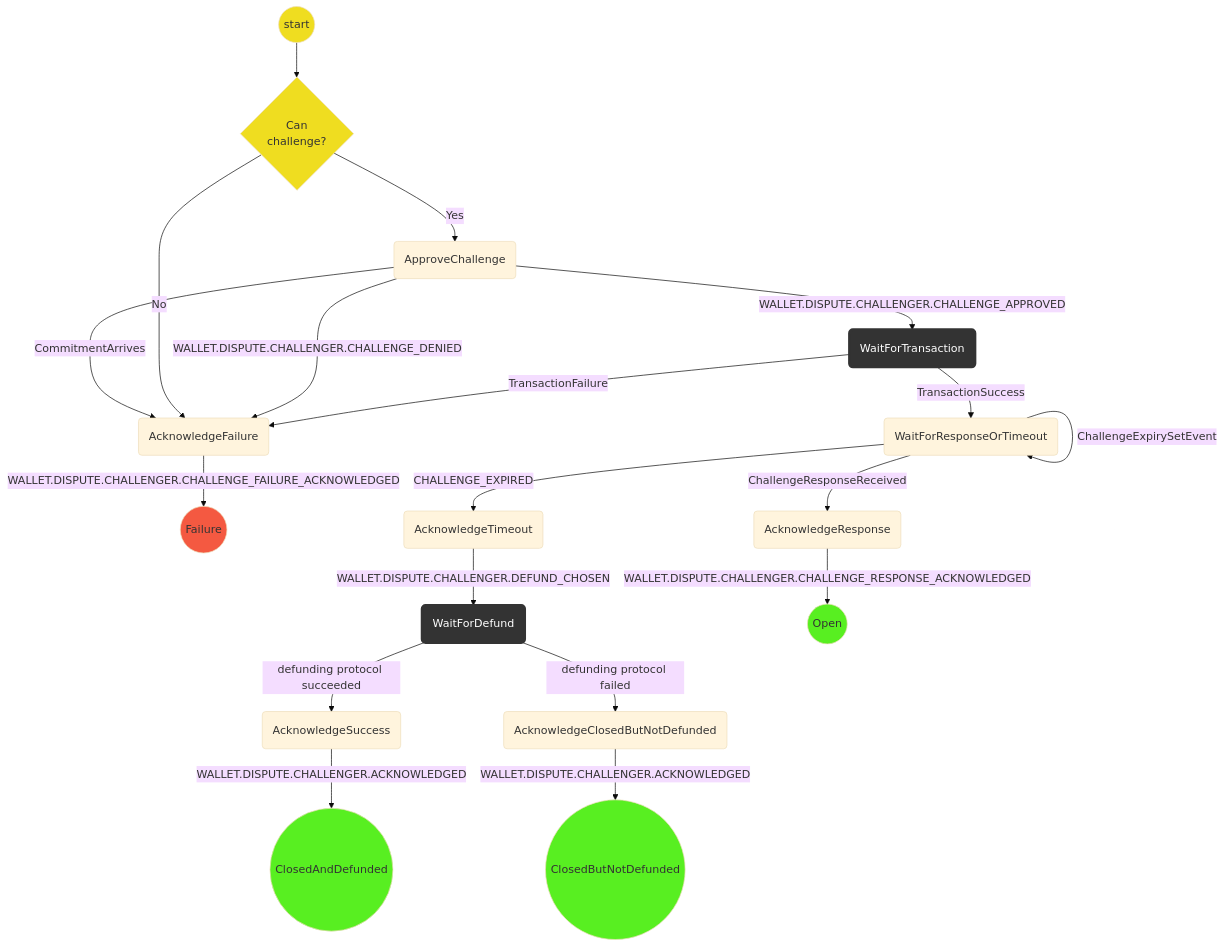
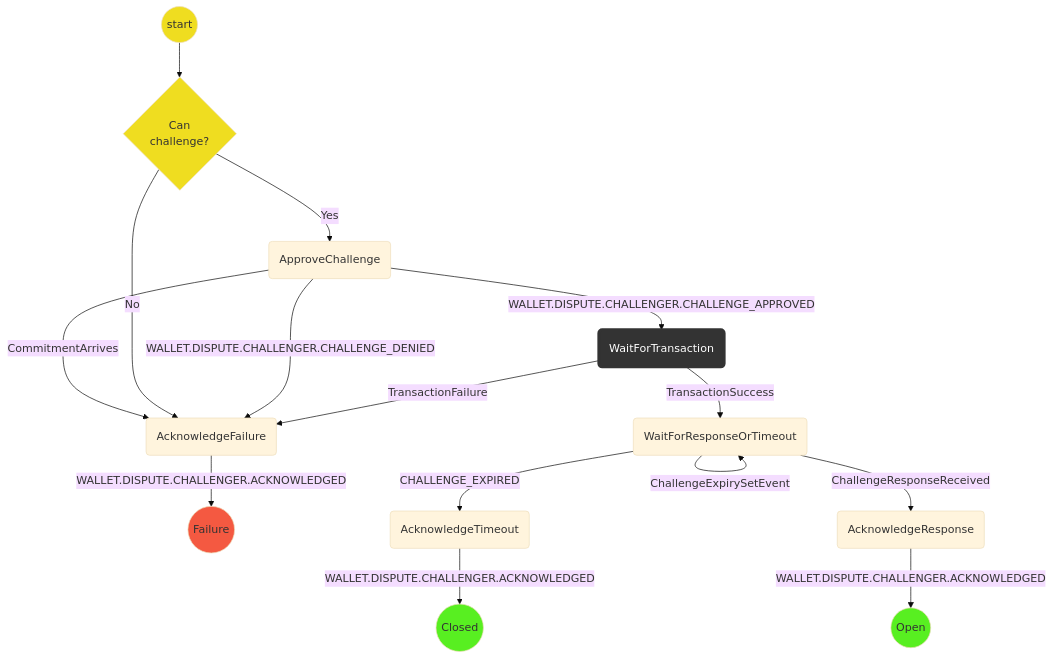
Before and after one commit to statechannels/statechannels: the diagram in packages/rps/packages/wallet/src/redux/protocols/dispute/challenger/readme.md, drawn with Mermaid (base theme). The commit also changed other lines of this file and 32 other files, not shown here.

First line of the commit message:
Merge pull request #530 from magmo/gk-unnest-defunding-from-dispute

````diff
--- a/packages/rps/packages/wallet/src/redux/protocols/dispute/challenger/readme.md
+++ b/packages/rps/packages/wallet/src/redux/protocols/dispute/challenger/readme.md
@@ -21,30 +19,29 @@
 ```mermaid
 graph TD
 linkStyle default interpolate basis
   S((start)) --> CE{Can<br/>challenge?}
   CE --> |Yes| WFA(ApproveChallenge)
   WFA --> |CommitmentArrives| AF
   WFA --> |WALLET.DISPUTE.CHALLENGER.CHALLENGE_APPROVED| WFT(WaitForTransaction)
   CE --> |No| AF
   WFA --> |WALLET.DISPUTE.CHALLENGER.CHALLENGE_DENIED| AF(AcknowledgeFailure)
-  AF --> |WALLET.DISPUTE.CHALLENGER.CHALLENGE_FAILURE_ACKNOWLEDGED| F((Failure))
+  AF --> |WALLET.DISPUTE.CHALLENGER.ACKNOWLEDGED| F((Failure))
   WFT --> |TransactionSuccess| WFRT(WaitForResponseOrTimeout)
   WFT --> |TransactionFailure| AF
   WFRT --> |CHALLENGE_EXPIRED| AT(AcknowledgeTimeout)
+
+
   WFRT -->|ChallengeExpirySetEvent| WFRT
-  AT --> |WALLET.DISPUTE.CHALLENGER.DEFUND_CHOSEN| D(WaitForDefund)
-  D   --> |defunding protocol succeeded| AS(AcknowledgeSuccess)
-  D   --> |defunding protocol failed| ACBND(AcknowledgeClosedButNotDefunded)
-  ACBND -->|WALLET.DISPUTE.CHALLENGER.ACKNOWLEDGED| SCBND((ClosedButNotDefunded))
-  AS -->|WALLET.DISPUTE.CHALLENGER.ACKNOWLEDGED| SCD((ClosedAndDefunded))
+  AT --> |WALLET.DISPUTE.CHALLENGER.ACKNOWLEDGED| SD((Closed))
+
   WFRT --> |ChallengeResponseReceived| AR(AcknowledgeResponse)
-  AR --> |WALLET.DISPUTE.CHALLENGER.CHALLENGE_RESPONSE_ACKNOWLEDGED| SP((Open))
+  AR --> |WALLET.DISPUTE.CHALLENGER.ACKNOWLEDGED| SP((Open))
   classDef logic fill:#efdd20;
   classDef Success fill:#58ef21;
   classDef Failure fill:#f45941;
   classDef WaitForChildProtocol stroke:#333,stroke-width:4px,color:#ffff,fill:#333;
   class S,CE logic;
-  class SP,SCD,SCBND Success;
+  class SP,SD Success;
   class F Failure;
   class WFT,D WaitForChildProtocol;
 ```
````
